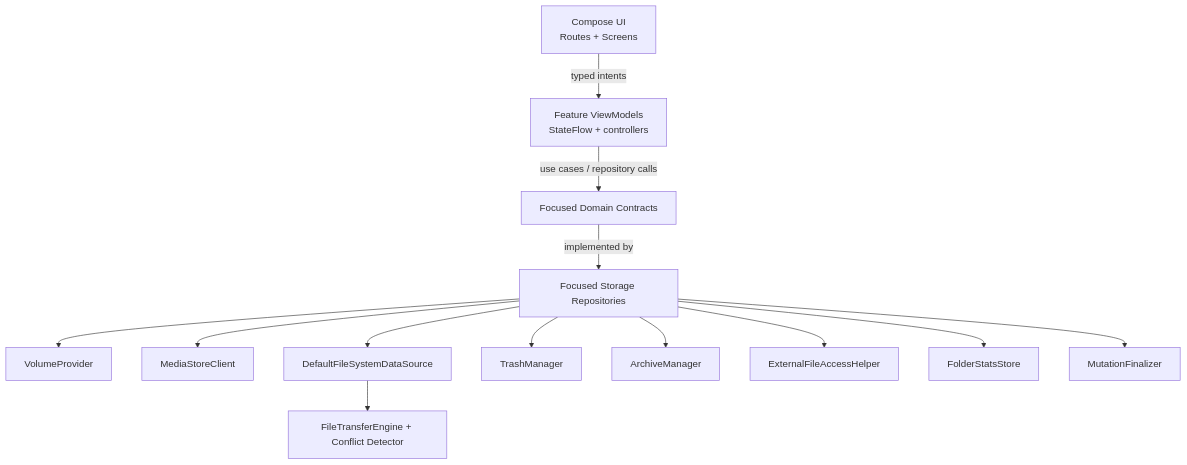
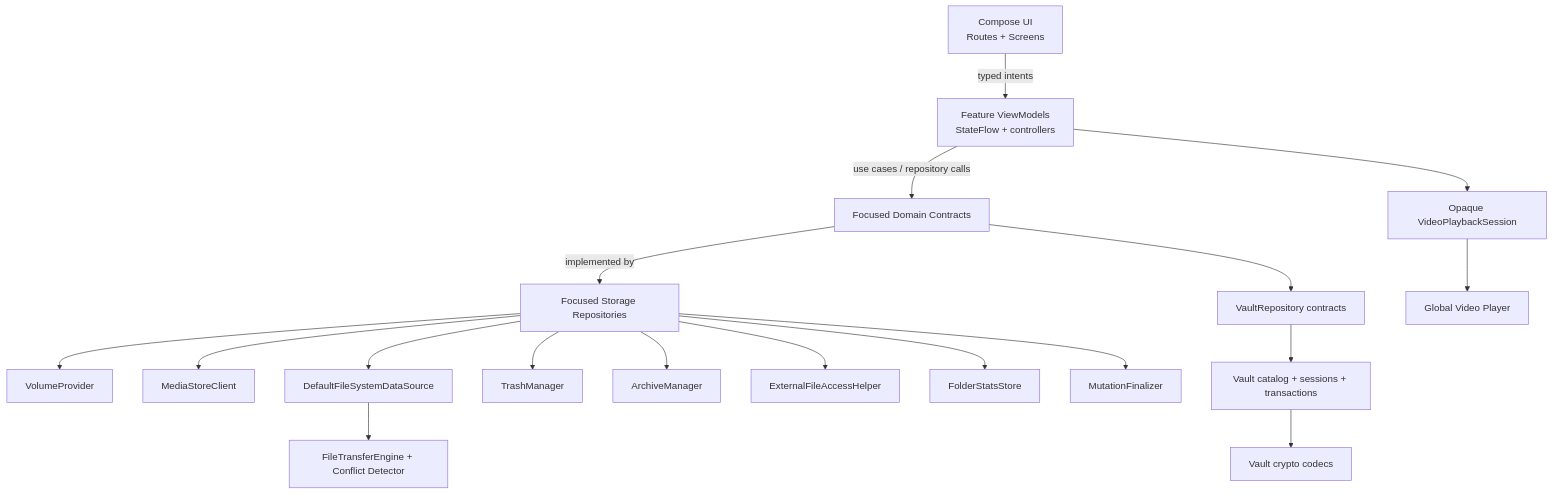
One commit to qtremors/arcile changed the diagram in DEVELOPMENT.md. Above: the diagram before and after it, drawn with Mermaid. The commit also changed other lines of this file and 78 other files, not shown here.

Commit message:
v1.5.7: finalize native vault flows and customizable utilities

````diff
--- a/DEVELOPMENT.md
+++ b/DEVELOPMENT.md
@@ -42,15 +44,20 @@
 ```mermaid
 graph TD
     A["Compose UI<br/>Routes + Screens"] -->|typed intents| B["Feature ViewModels<br/>StateFlow + controllers"]
     B -->|use cases / repository calls| C["Focused Domain Contracts"]
     C -->|implemented by| D["Focused Storage Repositories"]
     D --> E["VolumeProvider"]
     D --> F["MediaStoreClient"]
     D --> G["DefaultFileSystemDataSource"]
     D --> H["TrashManager"]
     D --> I["ArchiveManager"]
     D --> K["ExternalFileAccessHelper"]
     G --> J["FileTransferEngine + Conflict Detector"]
     D --> L["FolderStatsStore"]
     D --> M["MutationFinalizer"]
+    C --> N["VaultRepository contracts"]
+    N --> O["Vault catalog + sessions + transactions"]
+    O --> P["Vault crypto codecs"]
+    B --> Q["Opaque VideoPlaybackSession"]
+    Q --> R["Global Video Player"]
 ```
````
